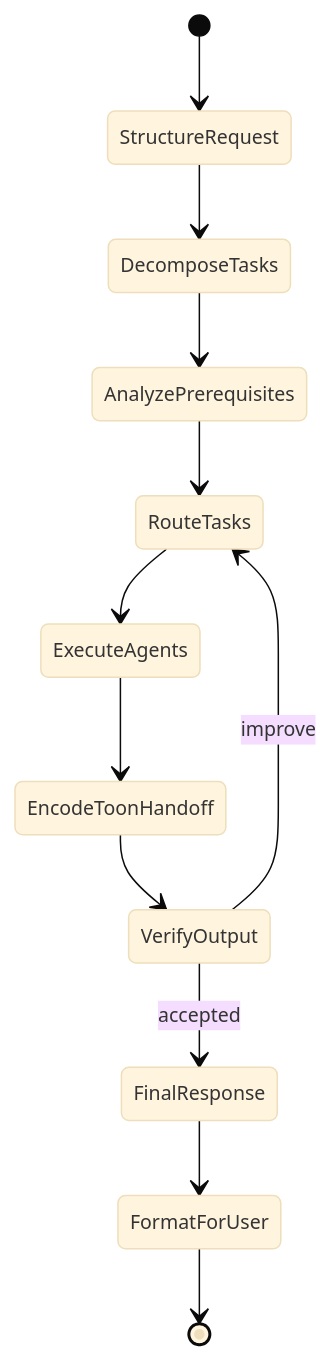
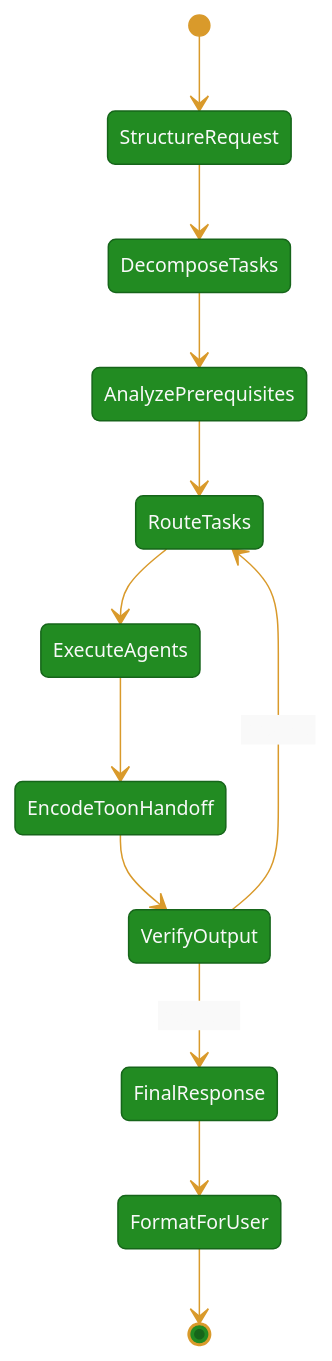
Before and after one commit to Hassaan146/agentic-ai-workflow: the third of 10 diagrams in docs/diagrams.md, drawn with Mermaid. The commit also changed other lines of this file, not shown here.

Commit message:
Apply dark luxury Mermaid theme

````diff
--- a/docs/diagrams.md
+++ b/docs/diagrams.md
@@ -88,15 +111,15 @@
 ```mermaid
-%%{init: {'theme': 'base', 'themeVariables': {'fontSize': '13px'}}}%%
+%%{init: {'theme': 'base', 'themeVariables': {'fontSize': '13px', 'primaryColor': '#228B22', 'primaryTextColor': '#F9F9F9', 'primaryBorderColor': '#16651A', 'lineColor': '#D99A2B', 'secondaryColor': '#F9F9F9', 'secondaryTextColor': '#101418', 'tertiaryColor': '#0B0F14', 'tertiaryTextColor': '#F9F9F9', 'background': '#070B10', 'mainBkg': '#228B22', 'secondBkg': '#F9F9F9', 'textColor': '#F9F9F9', 'noteBkgColor': '#F9F9F9', 'noteTextColor': '#101418'}}}%%
 stateDiagram-v2
     [*] --> StructureRequest
     StructureRequest --> DecomposeTasks
     DecomposeTasks --> AnalyzePrerequisites
     AnalyzePrerequisites --> RouteTasks
     RouteTasks --> ExecuteAgents
     ExecuteAgents --> EncodeToonHandoff
     EncodeToonHandoff --> VerifyOutput
     VerifyOutput --> RouteTasks : improve
     VerifyOutput --> FinalResponse : accepted
     FinalResponse --> FormatForUser
     FormatForUser --> [*]
 ```
````
